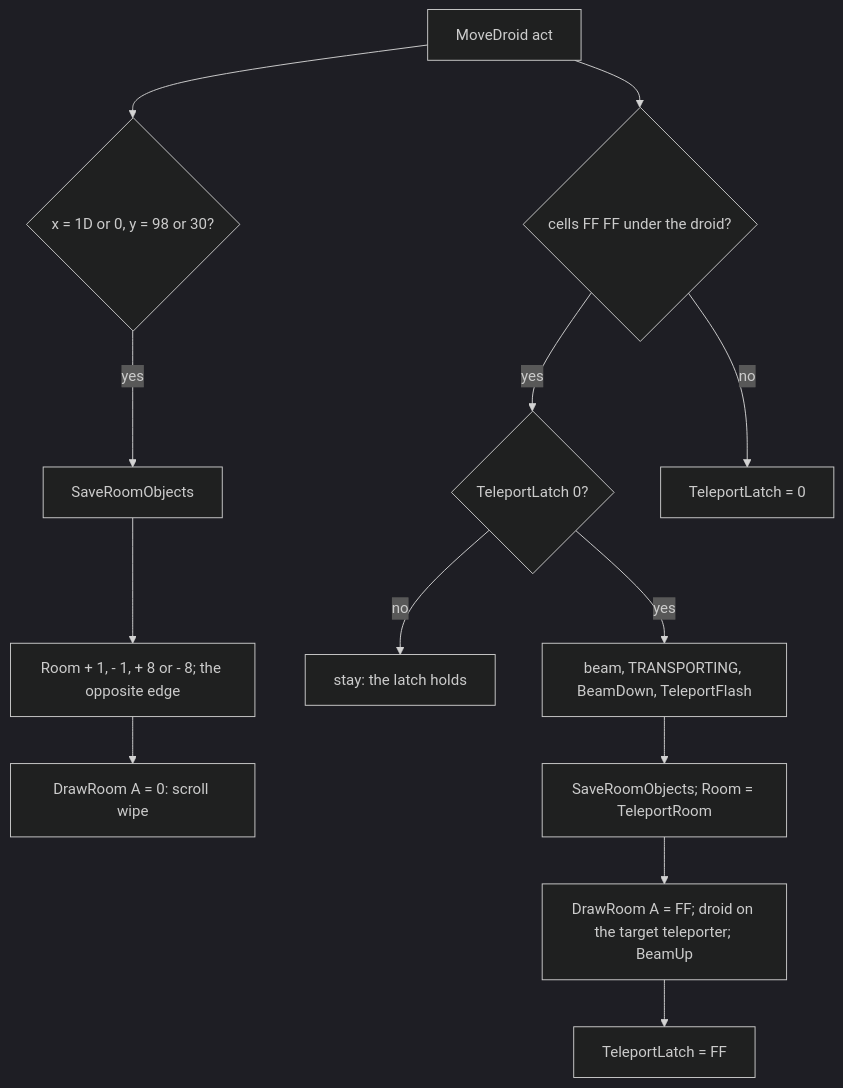
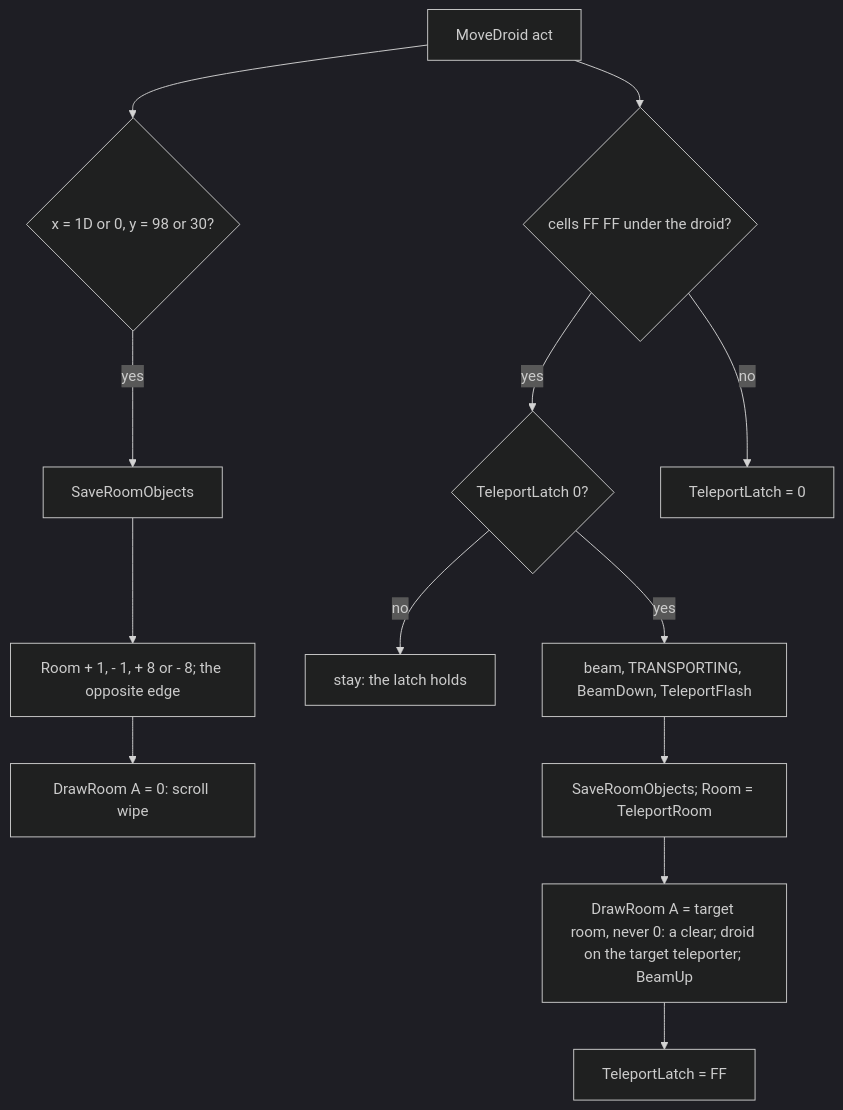
The second of 13 diagrams in games/tujad/docs/10-gameplay-logic.md (alfishe/unrealng-reverse-cases), drawn with Mermaid (dark theme) before and after one commit. The commit also changed other lines of this file and 44 other files, not shown here.

````diff
--- a/games/tujad/docs/10-gameplay-logic.md
+++ b/games/tujad/docs/10-gameplay-logic.md
@@ -150,15 +153,15 @@
 ```mermaid
 flowchart TD
     A[MoveDroid act] --> B{x = 1D or 0, y = 98 or 30?}
     B -- yes --> S[SaveRoomObjects]
     S --> R[Room + 1, - 1, + 8 or - 8; the opposite edge]
     R --> D[DrawRoom A = 0: scroll wipe]
     A --> C{cells FF FF under the droid?}
     C -- yes --> L{TeleportLatch 0?}
     L -- no --> N[stay: the latch holds]
     L -- yes --> T[beam, TRANSPORTING, BeamDown, TeleportFlash]
     T --> S2[SaveRoomObjects; Room = TeleportRoom]
-    S2 --> D2[DrawRoom A = FF; droid on the target teleporter; BeamUp]
+    S2 --> D2[DrawRoom A = target room, never 0: a clear; droid on the target teleporter; BeamUp]
     D2 --> TL[TeleportLatch = FF]
     C -- no --> Z[TeleportLatch = 0]
 ```
````
